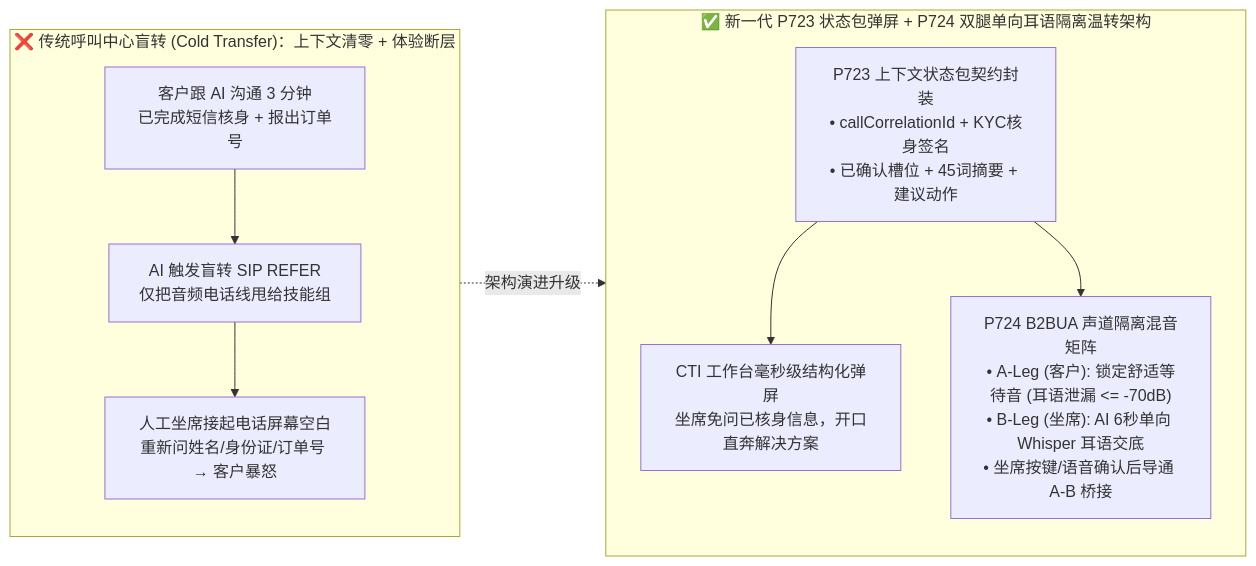
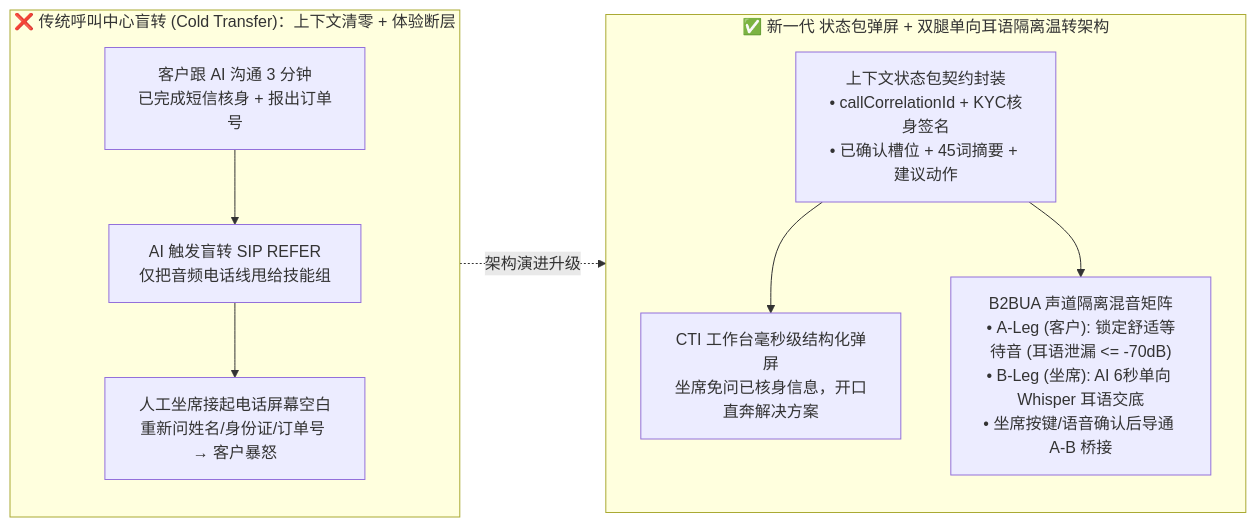
Before and after one commit to turbo998/voice-agent-lab: the second of 3 diagrams in docs/warm-transfer-whisper-handoff-faq.md, drawn with Mermaid. The commit also changed other lines of this file and 715 other files, not shown here.

````diff
--- a/docs/warm-transfer-whisper-handoff-faq.md
+++ b/docs/warm-transfer-whisper-handoff-faq.md
@@ -100,16 +100,16 @@
 ```mermaid
 flowchart LR
-    subgraph Legacy["❌ 传统呼叫中心盲转 (Cold Transfer)：上下文清零 + 体验断层"]
-        direction TB
-        L1["客户跟 AI 沟通 3 分钟<br/>已完成短信核身 + 报出订单号"] --> L2["AI 触发盲转 SIP REFER<br/>仅把音频电话线甩给技能组"]
-        L2 --> L3["人工坐席接起电话屏幕空白<br/>重新问姓名/身份证/订单号 → 客户暴怒"]
-    end
+ subgraph Legacy["❌ 传统呼叫中心盲转 (Cold Transfer)：上下文清零 + 体验断层"]
+ direction TB
+ L1["客户跟 AI 沟通 3 分钟<br/>已完成短信核身 + 报出订单号"] --> L2["AI 触发盲转 SIP REFER<br/>仅把音频电话线甩给技能组"]
+ L2 --> L3["人工坐席接起电话屏幕空白<br/>重新问姓名/身份证/订单号 → 客户暴怒"]
+ end
 
-    subgraph Modern["✅ 新一代 P723 状态包弹屏 + P724 双腿单向耳语隔离温转架构"]
-        direction TB
-        M1["P723 上下文状态包契约封装<br/>• callCorrelationId + KYC核身签名<br/>• 已确认槽位 + 45词摘要 + 建议动作"] --> M2["CTI 工作台毫秒级结构化弹屏<br/>坐席免问已核身信息，开口直奔解决方案"]
-        M1 --> M3["P724 B2BUA 声道隔离混音矩阵<br/>• A-Leg (客户): 锁定舒适等待音 (耳语泄漏 <= -70dB)<br/>• B-Leg (坐席): AI 6秒单向 Whisper 耳语交底<br/>• 坐席按键/语音确认后导通 A-B 桥接"]
-    end
+ subgraph Modern["✅ 新一代 状态包弹屏 + 双腿单向耳语隔离温转架构"]
+ direction TB
+ M1[" 上下文状态包契约封装<br/>• callCorrelationId + KYC核身签名<br/>• 已确认槽位 + 45词摘要 + 建议动作"] --> M2["CTI 工作台毫秒级结构化弹屏<br/>坐席免问已核身信息，开口直奔解决方案"]
+ M1 --> M3[" B2BUA 声道隔离混音矩阵<br/>• A-Leg (客户): 锁定舒适等待音 (耳语泄漏 <= -70dB)<br/>• B-Leg (坐席): AI 6秒单向 Whisper 耳语交底<br/>• 坐席按键/语音确认后导通 A-B 桥接"]
+ end
 
-    Legacy -. "架构演进升级" .-> Modern
+ Legacy -. "架构演进升级" .-> Modern
 ```
````
